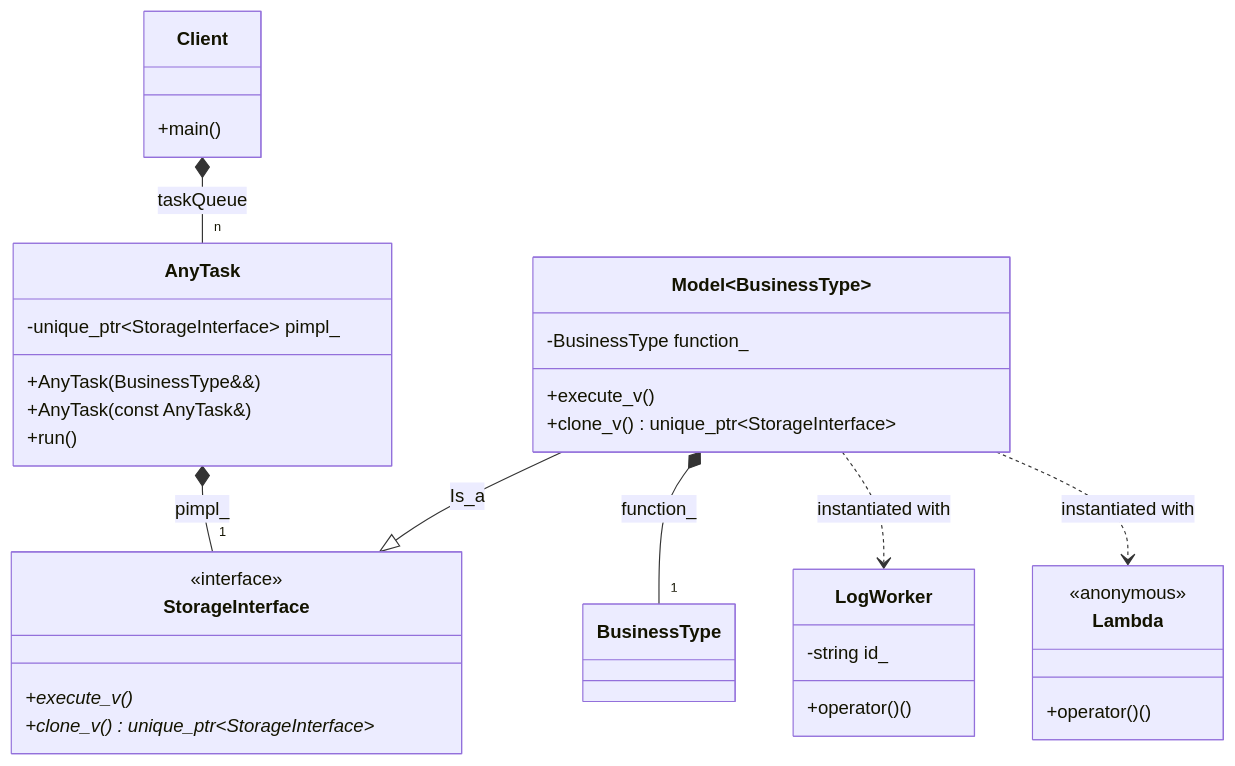
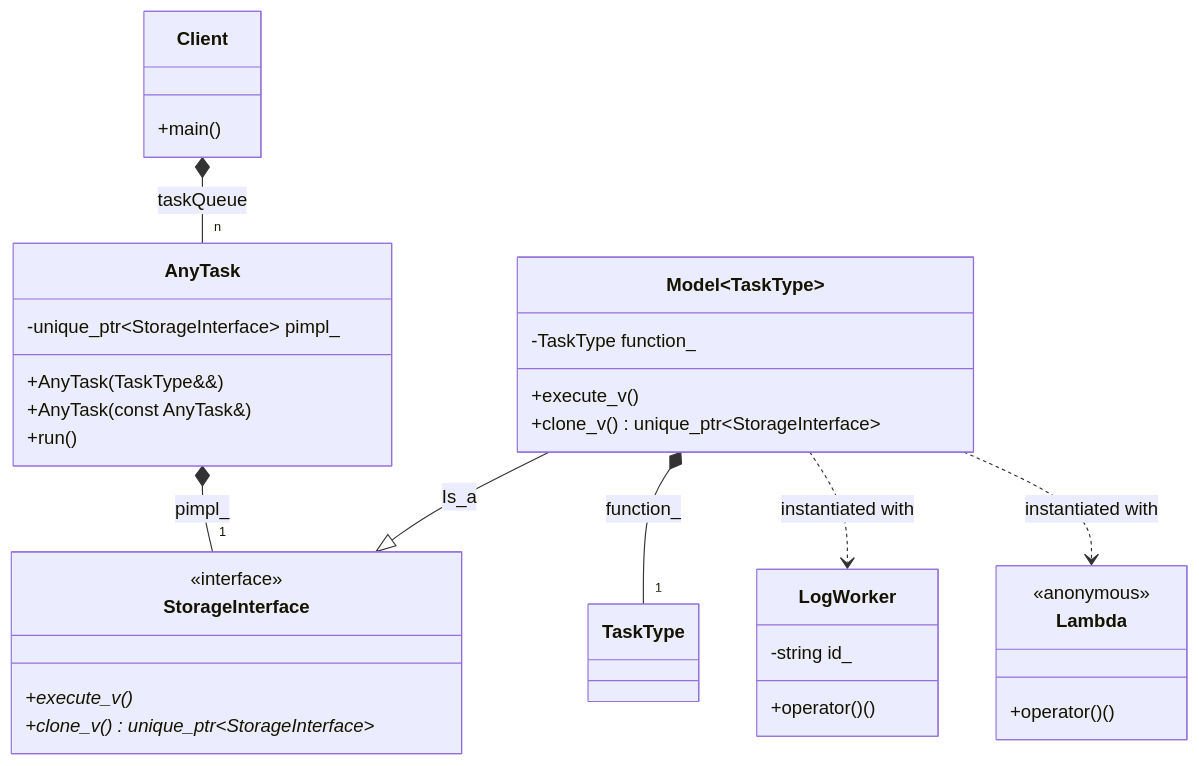
The diagram in 37_TypeErasure/02_TaskQueue/diagram.md (MarioGalindoQ/Modern-CPP-Design-Patterns), drawn with Mermaid before and after one commit. The commit also changed 1 other file, not shown here.

Commit message:
Improve variable names

````diff
--- a/37_TypeErasure/02_TaskQueue/diagram.md
+++ b/37_TypeErasure/02_TaskQueue/diagram.md
@@ -3,51 +3,51 @@
 ```mermaid
 classDiagram
    class AnyTask {
       -unique_ptr~StorageInterface~ pimpl_
-      +AnyTask(BusinessType&&)
+      +AnyTask(TaskType&&)
       +AnyTask(const AnyTask&)
       +run()
    }
 
    class StorageInterface {
       <<interface>>
       +execute_v()*
       +clone_v()* unique_ptr~StorageInterface~
    }
 
-   class Model~BusinessType~ {
-      -BusinessType function_
+   class Model~TaskType~ {
+      -TaskType function_
       +execute_v()
       +clone_v() unique_ptr~StorageInterface~
    }
 
    class LogWorker {
       -string id_
       +operator()()
    }
 
    class Lambda {
       <<anonymous>>
       +operator()()
    }
 
    class Client {
       +main()
    }
 
    %% The Wrapper owns the internal StorageInterface
    AnyTask *-- "1" StorageInterface : pimpl_
 
    %% The Model implements the StorageInterface
-   Model~BusinessType~ --|> StorageInterface : Is_a
+   Model~TaskType~ --|> StorageInterface : Is_a
 
    %% The Model owns the actual callable logic
-   Model~BusinessType~ *-- "1" BusinessType : function_
+   Model~TaskType~ *-- "1" TaskType : function_
 
    %% Various types can be used to instantiate the Model
-   Model~BusinessType~ ..> LogWorker : instantiated with
-   Model~BusinessType~ ..> Lambda : instantiated with
+   Model~TaskType~ ..> LogWorker : instantiated with
+   Model~TaskType~ ..> Lambda : instantiated with
 
    %% The Client manages the task queue by value
    Client *-- "n" AnyTask : taskQueue
 ```
````
